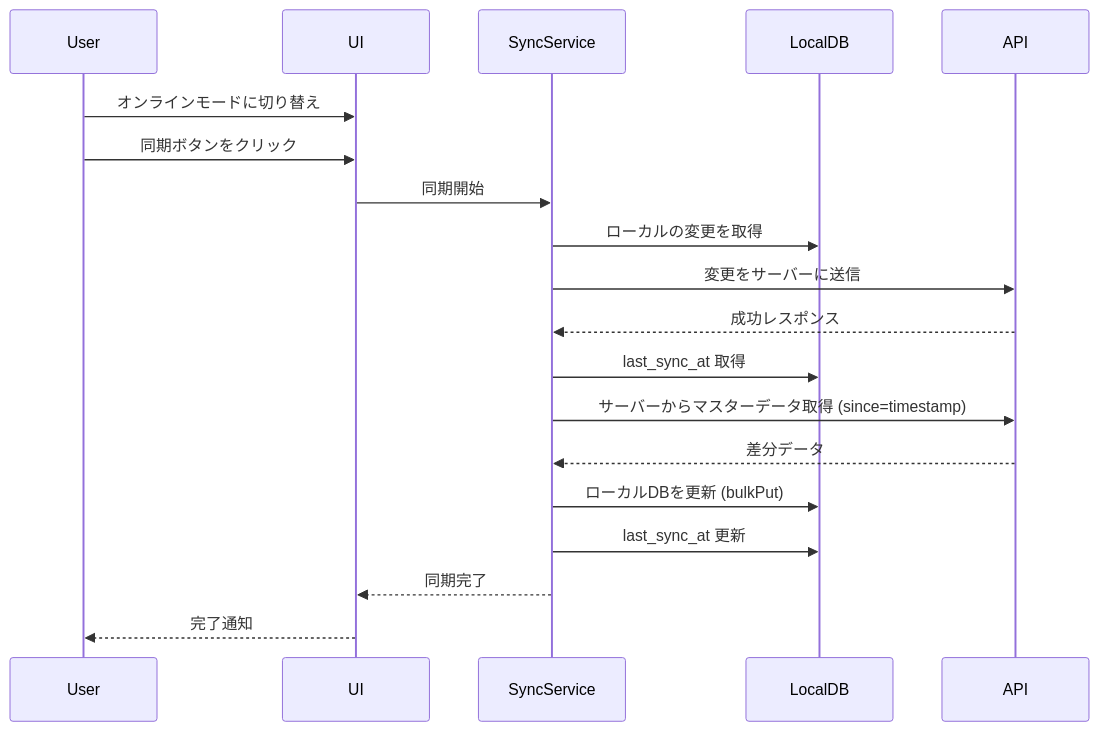
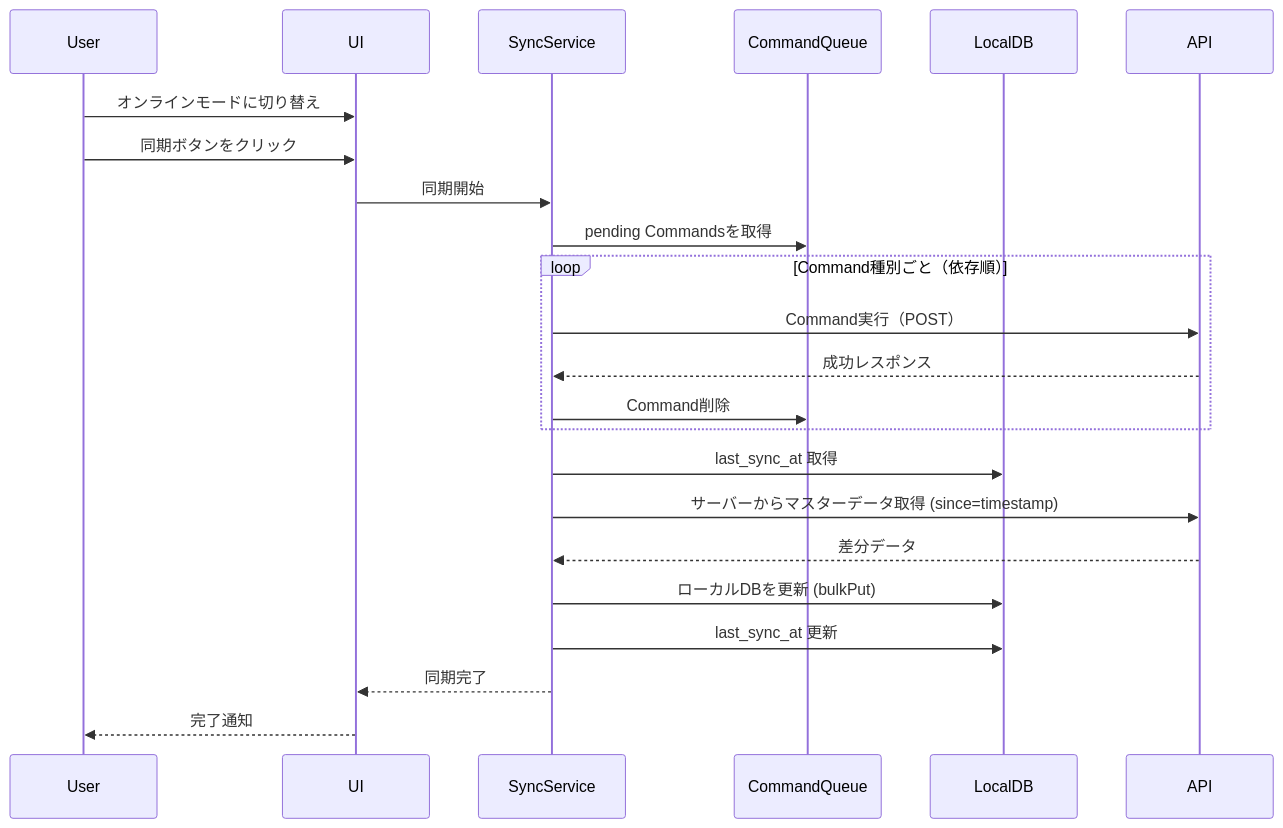
One commit to funayamateppei/local_bridge changed the second of 6 diagrams in frontend/ARCHITECTURE.md. Above: the diagram before and after it, drawn with Mermaid. The commit also changed other lines of this file and 15 other files, not shown here.

````diff
--- a/frontend/ARCHITECTURE.md
+++ b/frontend/ARCHITECTURE.md
@@ -110,25 +131,29 @@
 ```mermaid
 sequenceDiagram
     participant User
     participant UI
     participant SyncService
+    participant CommandQueue
     participant LocalDB
     participant API
 
     User->>UI: オンラインモードに切り替え
     User->>UI: 同期ボタンをクリック
     UI->>SyncService: 同期開始
 
-    SyncService->>LocalDB: ローカルの変更を取得
-    SyncService->>API: 変更をサーバーに送信
-    API-->>SyncService: 成功レスポンス
+    SyncService->>CommandQueue: pending Commandsを取得
+    loop Command種別ごと（依存順）
+        SyncService->>API: Command実行（POST）
+        API-->>SyncService: 成功レスポンス
+        SyncService->>CommandQueue: Command削除
+    end
 
     SyncService->>LocalDB: last_sync_at 取得
     SyncService->>API: サーバーからマスターデータ取得 (since=timestamp)
     API-->>SyncService: 差分データ
     SyncService->>LocalDB: ローカルDBを更新 (bulkPut)
     SyncService->>LocalDB: last_sync_at 更新
 
     SyncService-->>UI: 同期完了
     UI-->>User: 完了通知
 ```
````
